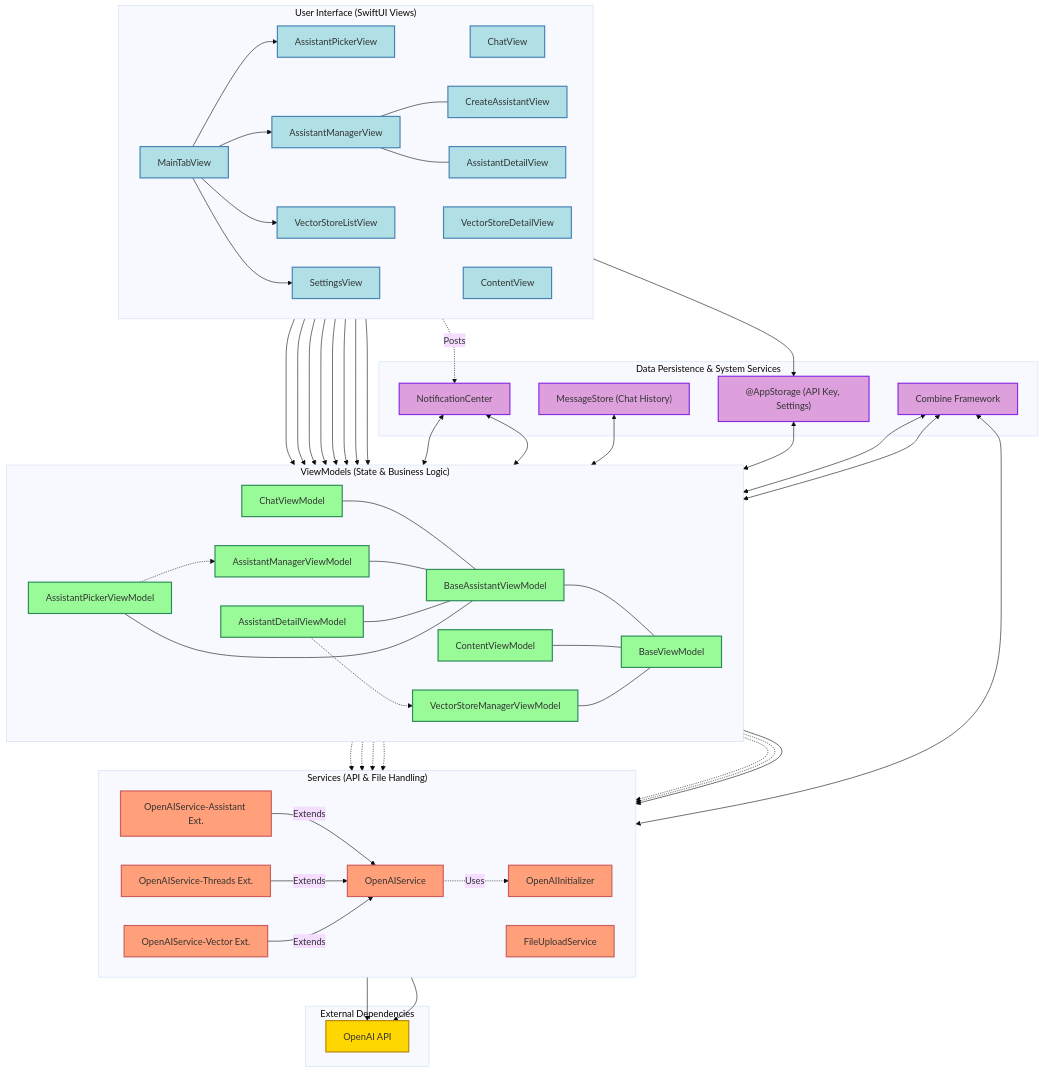
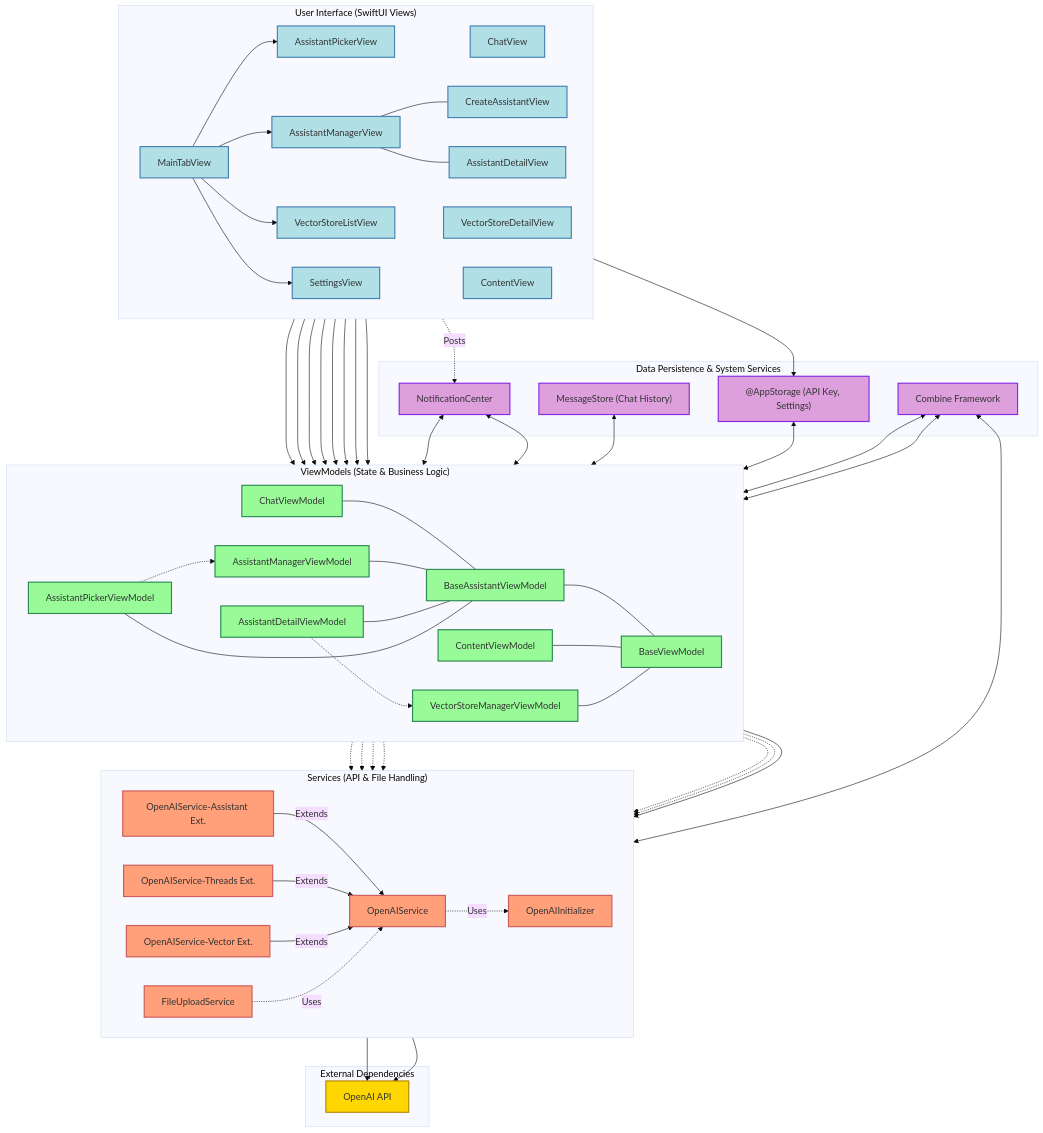
One commit to Gunnarguy/OpenAssistant changed the diagram in README.md. Above: the diagram before and after it, drawn with Mermaid (base theme). The commit also changed other lines of this file, not shown here.

```diff
--- a/README.md
+++ b/README.md
@@ -123,7 +140,7 @@
         S_OpenAI_AsstExt[OpenAIService-Assistant Ext.] -- Extends --> S_OpenAI
         S_OpenAI_ThreadExt[OpenAIService-Threads Ext.] -- Extends --> S_OpenAI
         S_OpenAI_VecExt[OpenAIService-Vector Ext.] -- Extends --> S_OpenAI
-        S_FileUpload[FileUploadService]
+        S_FileUpload[FileUploadService] -. Uses .-> S_OpenAI
     end
 
     subgraph "Data Persistence & System Services"
```
